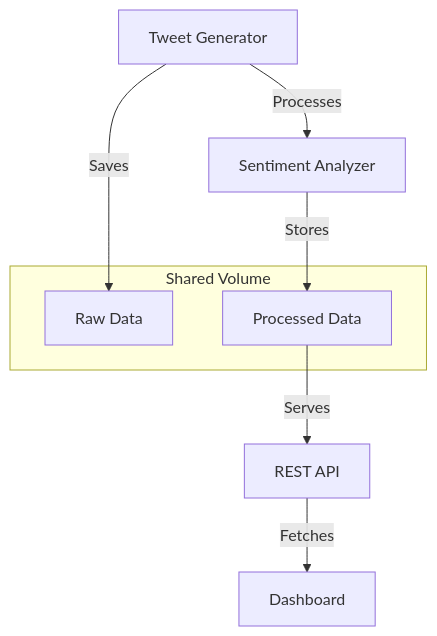
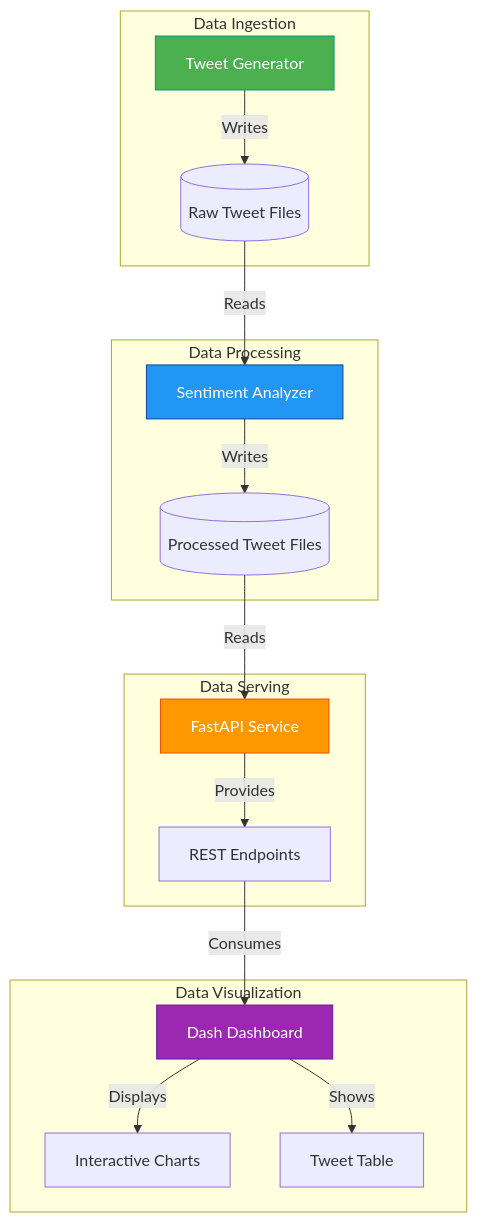
One commit to Naushil7/twitter-sentiment-pipeline changed the diagram in README.md. Above: the diagram before and after it, drawn with Mermaid.

Commit message:
updated architecture

````diff
--- a/README.md
+++ b/README.md
@@ -25,14 +25,27 @@
 ```mermaid
-graph TD
-    A[Tweet Generator] -->|Saves| B[Raw Data]
-    A -->|Processes| C[Sentiment Analyzer]
-    C -->|Stores| D[Processed Data]
-    D -->|Serves| E[REST API]
-    E -->|Fetches| F[Dashboard]
-
-    %% Shared Volume Section
-    subgraph "Shared Volume"
-        B
-        D
+flowchart TD
+    subgraph "Data Ingestion"
+        A[Tweet Generator] -->|Writes| B[(Raw Tweet Files)]
     end
+    
+    subgraph "Data Processing"
+        B -->|Reads| C[Sentiment Analyzer]
+        C -->|Writes| D[(Processed Tweet Files)]
+    end
+    
+    subgraph "Data Serving"
+        D -->|Reads| E[FastAPI Service]
+        E -->|Provides| F[REST Endpoints]
+    end
+    
+    subgraph "Data Visualization"
+        F -->|Consumes| G[Dash Dashboard]
+        G -->|Displays| H[Interactive Charts]
+        G -->|Shows| I[Tweet Table]
+    end
+    
+    style A fill:#4CAF50,stroke:#009688,color:white
+    style C fill:#2196F3,stroke:#0D47A1,color:white
+    style E fill:#FF9800,stroke:#E65100,color:white
+    style G fill:#9C27B0,stroke:#6A1B9A,color:white
 ```
````
